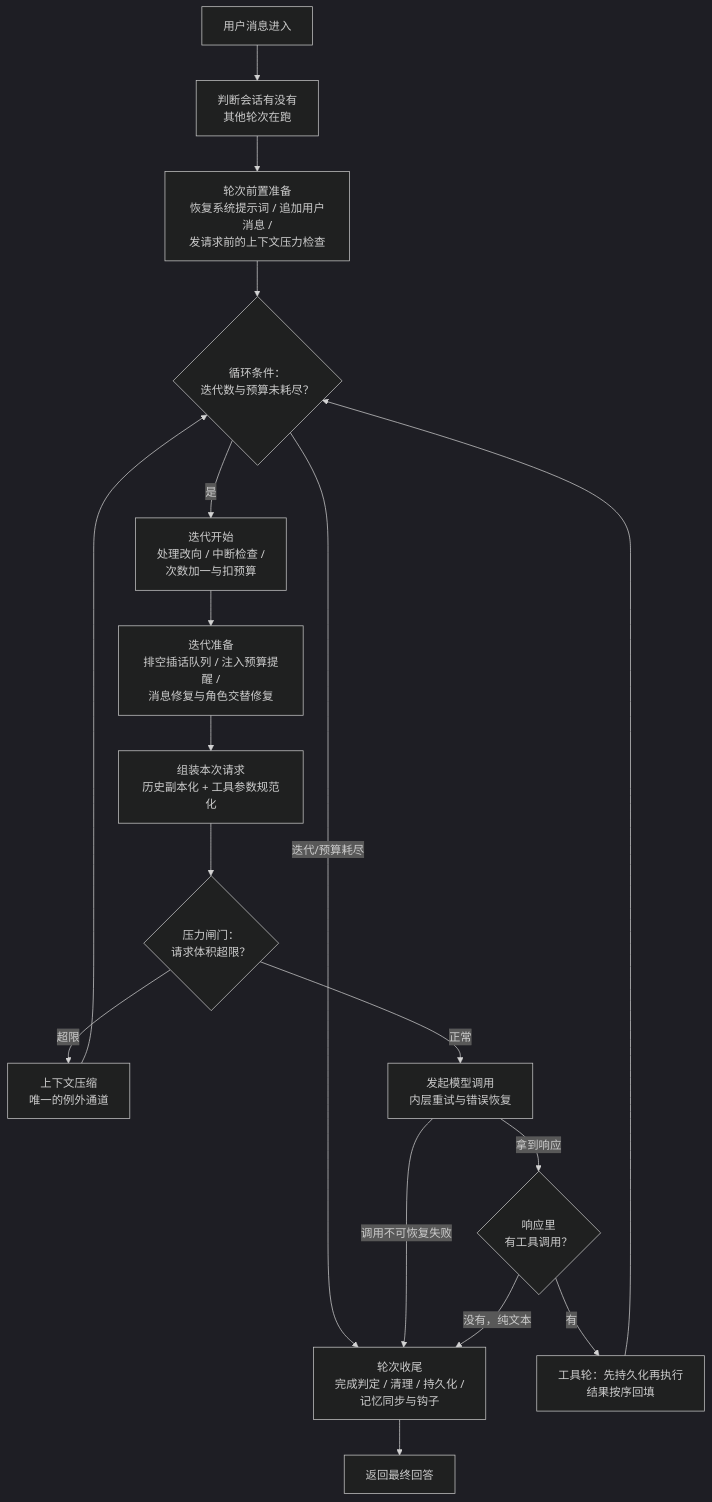
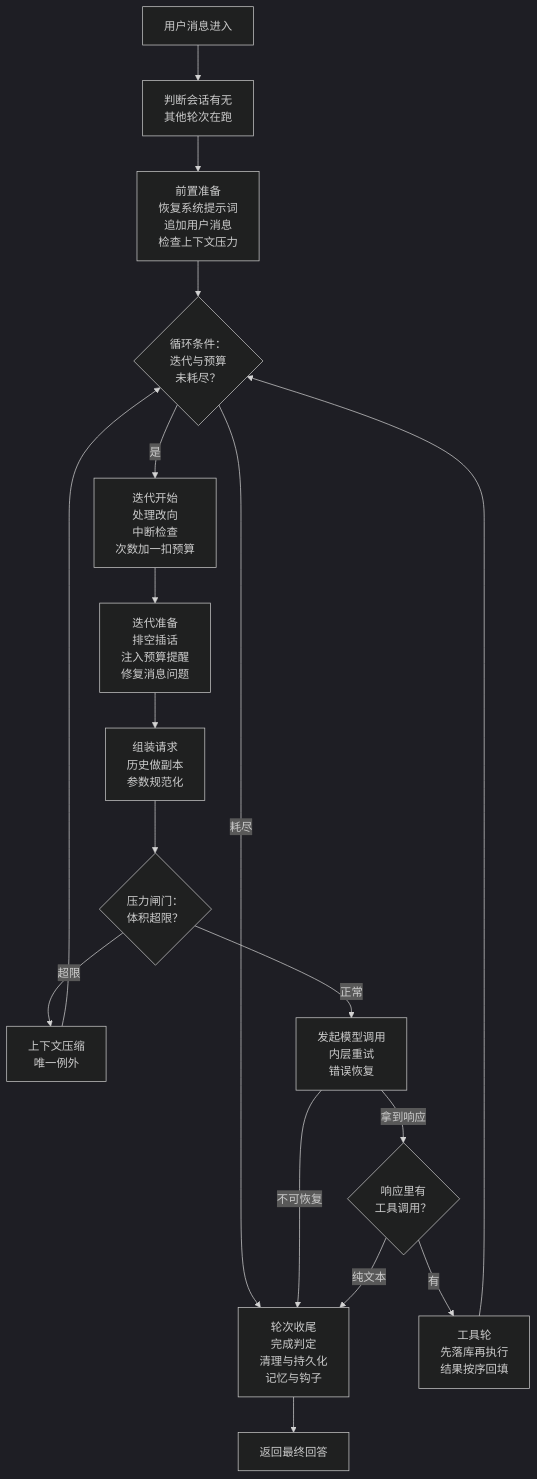
Before and after one commit to Mr-ZeLong/hermes-agent-analysis: the diagram in docs/agent-loop.md, drawn with Mermaid (dark theme). The commit also changed 1 other file, not shown here.

Commit message:
docs: mermaid 节点文字每行不超过 7 个汉字
VSCode 的 mermaid 预览宽度有限，超 7 个字显示不全。重排 Q1 全图：多短语
斜杠拼在一行的拆成独立行，超长措辞精简（发请求前的上下文压力检查→检查
上下文压力；消息修复与角色交替修复→修复消息问题；调用不可恢复失败→
不可恢复，等）。流程结构不变。AGENTS.md 图规范补上 7 字限制。

````diff
--- a/docs/agent-loop.md
+++ b/docs/agent-loop.md
@@ -24,19 +24,19 @@
 ```mermaid
 flowchart TD
-    A[用户消息进入] --> B[判断会话有没有<br>其他轮次在跑]
-    B --> C[轮次前置准备<br>恢复系统提示词 / 追加用户消息 /<br>发请求前的上下文压力检查]
-    C --> D{循环条件：<br>迭代数与预算未耗尽？}
-    D -- 迭代/预算耗尽 --> W[轮次收尾<br>完成判定 / 清理 / 持久化 /<br>记忆同步与钩子]
-    D -- 是 --> E[迭代开始<br>处理改向 / 中断检查 /<br>次数加一与扣预算]
-    E --> F[迭代准备<br>排空插话队列 / 注入预算提醒 /<br>消息修复与角色交替修复]
-    F --> G[组装本次请求<br>历史副本化 + 工具参数规范化]
-    G --> G2{压力闸门：<br>请求体积超限？}
-    G2 -- 超限 --> H[上下文压缩<br>唯一的例外通道] --> D
-    G2 -- 正常 --> I[发起模型调用<br>内层重试与错误恢复]
-    I -- 调用不可恢复失败 --> W
-    I -- 拿到响应 --> J{响应里<br>有工具调用？}
-    J -- 有 --> K[工具轮：先持久化再执行<br>结果按序回填]
+    A[用户消息进入] --> B[判断会话有无<br>其他轮次在跑]
+    B --> C[前置准备<br>恢复系统提示词<br>追加用户消息<br>检查上下文压力]
+    C --> D{循环条件：<br>迭代与预算<br>未耗尽？}
+    D -- 耗尽 --> W[轮次收尾<br>完成判定<br>清理与持久化<br>记忆与钩子]
+    D -- 是 --> E[迭代开始<br>处理改向<br>中断检查<br>次数加一扣预算]
+    E --> F[迭代准备<br>排空插话<br>注入预算提醒<br>修复消息问题]
+    F --> G[组装请求<br>历史做副本<br>参数规范化]
+    G --> G2{压力闸门：<br>体积超限？}
+    G2 -- 超限 --> H[上下文压缩<br>唯一例外] --> D
+    G2 -- 正常 --> I[发起模型调用<br>内层重试<br>错误恢复]
+    I -- 不可恢复 --> W
+    I -- 拿到响应 --> J{响应里有<br>工具调用？}
+    J -- 有 --> K[工具轮<br>先落库再执行<br>结果按序回填]
     K --> D
-    J -- 没有，纯文本 --> W
+    J -- 纯文本 --> W
     W --> L[返回最终回答]
 ```
````
